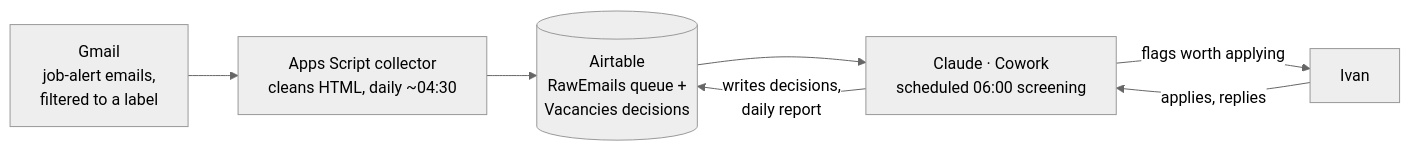
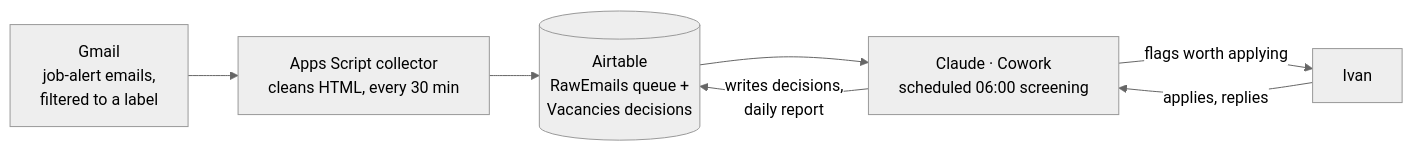
The diagram in README.md (kathelix/UK_DevOps), drawn with Mermaid (neutral theme) before and after one commit. The commit also changed other lines of this file and 10 other files, not shown here.

First line of the commit message:
Add RawEmails purge job; collector fails loudly on upsert failures

````diff
--- a/README.md
+++ b/README.md
@@ -7,9 +7,9 @@
 ```mermaid
 flowchart LR
-    A[Gmail\njob-alert emails,\nfiltered to a label] --> B[Apps Script collector\ncleans HTML, daily ~04:30]
+    A[Gmail\njob-alert emails,\nfiltered to a label] --> B[Apps Script collector\ncleans HTML, every 30 min]
     B --> C[(Airtable\nRawEmails queue +\nVacancies decisions)]
     C --> D[Claude · Cowork\nscheduled 06:00 screening]
     D -->|writes decisions,\ndaily report| C
     D -->|flags worth applying| E[Ivan]
     E -->|applies, replies| D
 ```
````
